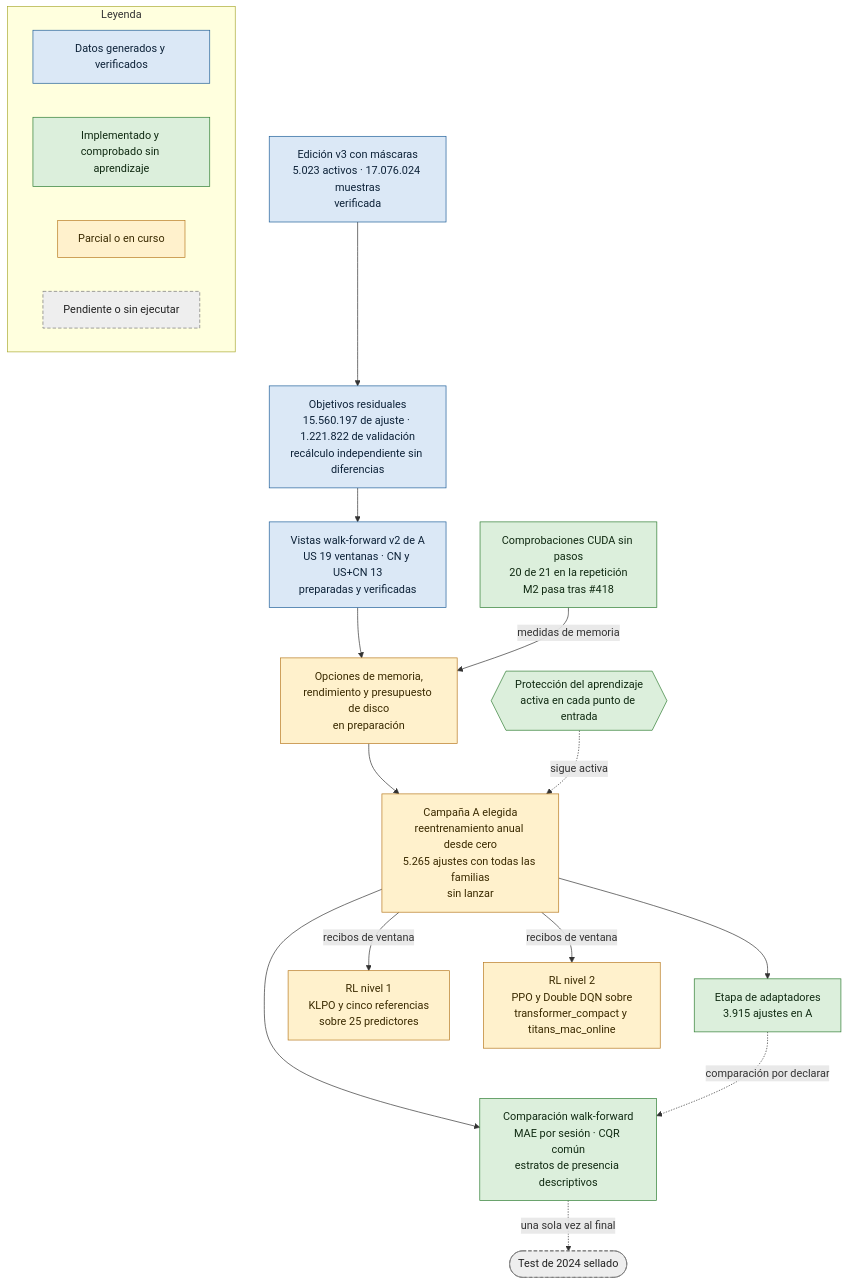
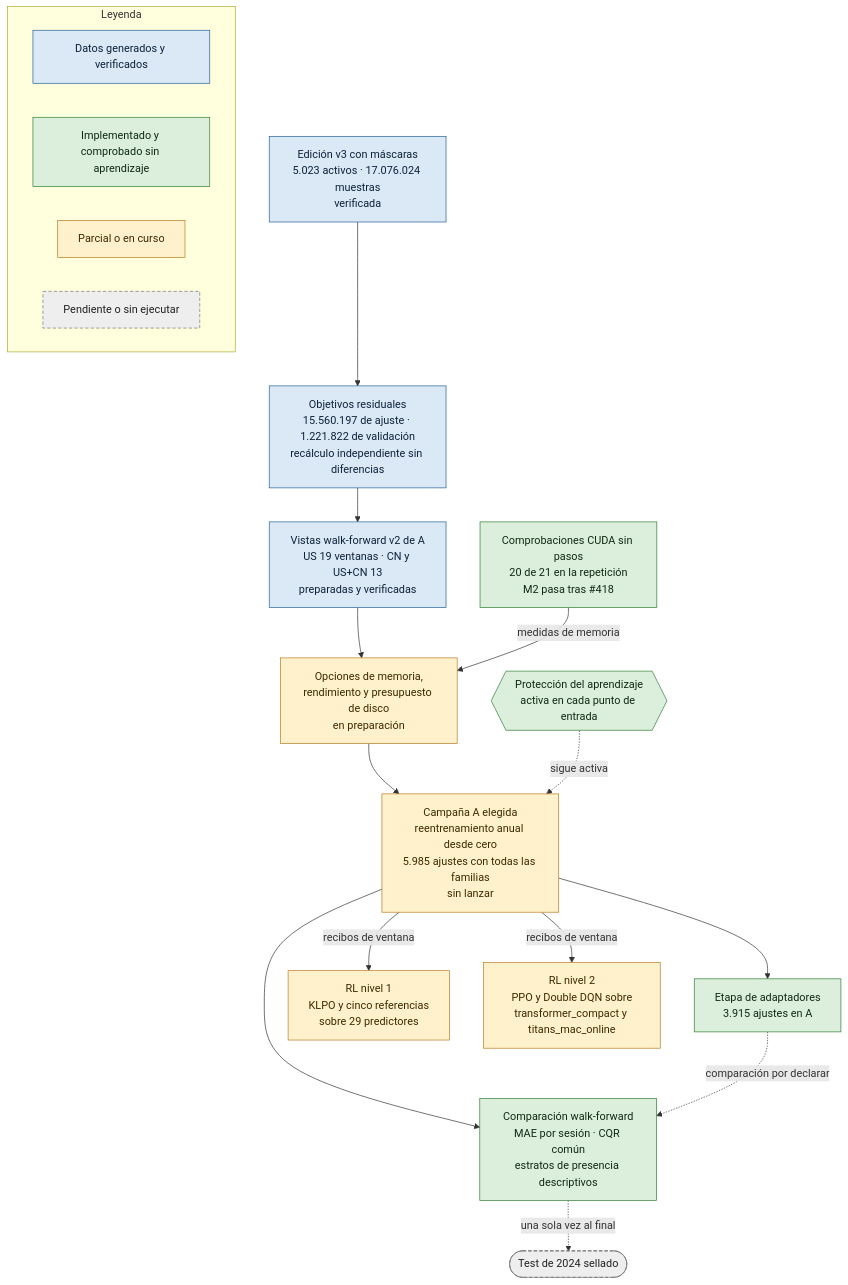
Before and after one commit to GonxKZ/mars-titan: the first of 3 diagrams in README.md, drawn with Mermaid. The commit also changed other lines of this file and 12 other files, not shown here.

````diff
--- a/README.md
+++ b/README.md
@@ -35,37 +35,37 @@
 ```mermaid
 flowchart TD
     E["Edición v3 con máscaras<br/>5.023 activos · 17.076.024 muestras<br/>verificada"]:::ejecutado
     O["Objetivos residuales<br/>15.560.197 de ajuste · 1.221.822 de validación<br/>recálculo independiente sin diferencias"]:::ejecutado
     H{{"Protección del aprendizaje<br/>activa en cada punto de entrada"}}:::comprobado
     W["Vistas walk-forward v2 de A<br/>US 19 ventanas · CN y US+CN 13<br/>preparadas y verificadas"]:::ejecutado
     K["Comprobaciones CUDA sin pasos<br/>20 de 21 en la repetición<br/>M2 pasa tras #418"]:::comprobado
     Q["Opciones de memoria,<br/>rendimiento y presupuesto de disco<br/>en preparación"]:::parcial
-    A["Campaña A elegida<br/>reentrenamiento anual desde cero<br/>5.265 ajustes con todas las familias<br/>sin lanzar"]:::parcial
+    A["Campaña A elegida<br/>reentrenamiento anual desde cero<br/>5.985 ajustes con todas las familias<br/>sin lanzar"]:::parcial
     P["Etapa de adaptadores<br/>3.915 ajustes en A"]:::comprobado
-    R1["RL nivel 1<br/>KLPO y cinco referencias<br/>sobre 25 predictores"]:::parcial
+    R1["RL nivel 1<br/>KLPO y cinco referencias<br/>sobre 29 predictores"]:::parcial
     R2["RL nivel 2<br/>PPO y Double DQN sobre<br/>transformer_compact y titans_mac_online"]:::parcial
     C["Comparación walk-forward<br/>MAE por sesión · CQR común<br/>estratos de presencia descriptivos"]:::comprobado
     T(["Test de 2024 sellado"]):::pendiente
 
     E --> O --> W --> Q --> A
     K -- medidas de memoria --> Q
     H -. sigue activa .-> A
     A --> P
     A -- recibos de ventana --> R1
     A -- recibos de ventana --> R2
     A --> C
     P -. comparación por declarar .-> C
     C -. una sola vez al final .-> T
 
     subgraph LEY["Leyenda"]
         L0["Datos generados y verificados"]:::ejecutado
         L1["Implementado y comprobado sin aprendizaje"]:::comprobado
         L2["Parcial o en curso"]:::parcial
         L3["Pendiente o sin ejecutar"]:::pendiente
     end
 
     classDef ejecutado fill:#dbe8f6,stroke:#1f5f99,color:#0d2238
     classDef comprobado fill:#dcefdc,stroke:#2e7d32,color:#102a12
     classDef parcial fill:#fff1cc,stroke:#b7791f,color:#3a2a00
     classDef pendiente fill:#eeeeee,stroke:#757575,color:#222222,stroke-dasharray:5 3
 ```
````
